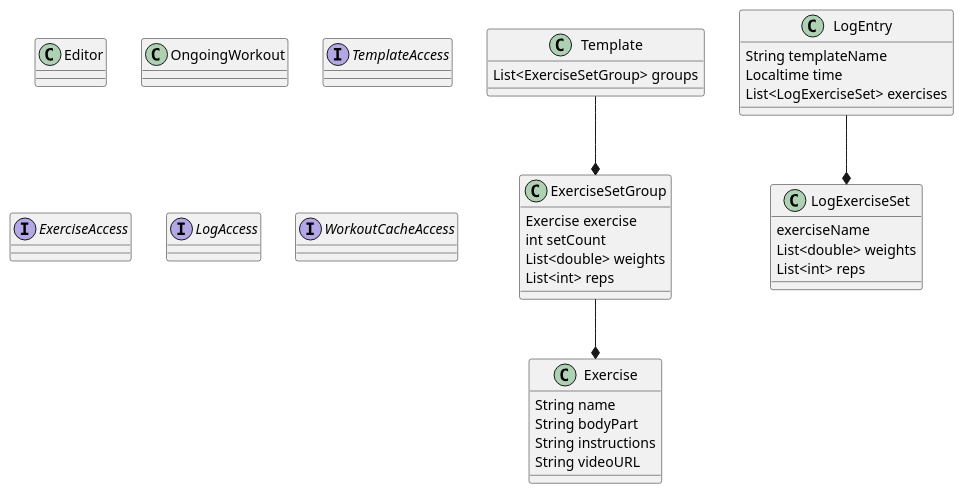
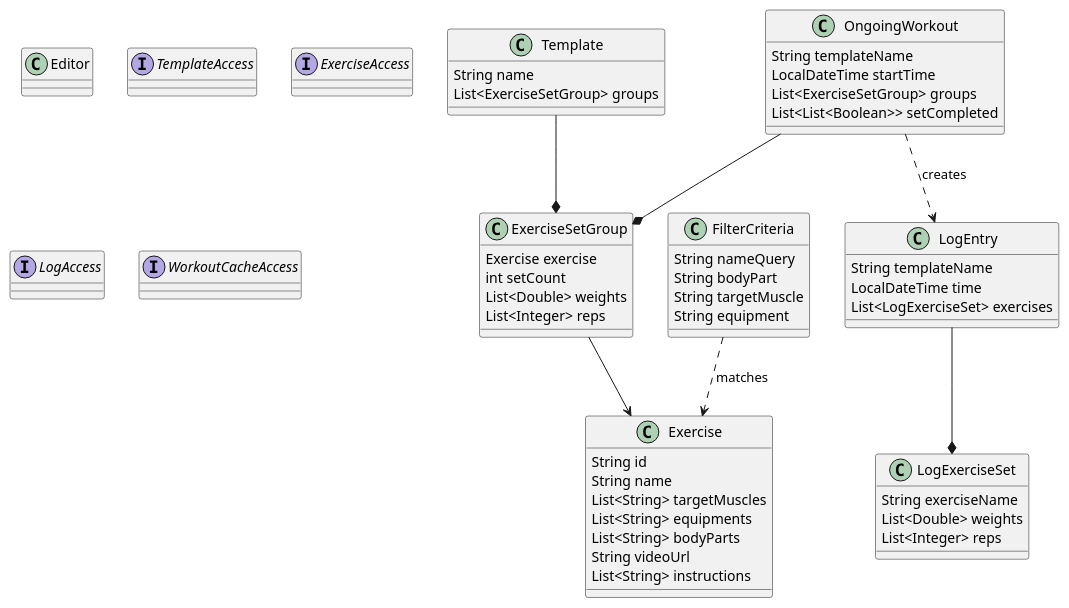
One commit to BeautifulSkyTian/CSC207-Team changed the diagram in README.md. Above: the diagram before and after it, drawn with PlantUML. The commit also changed other lines of this file and 7 other files, not shown here.

```diff
--- a/README.md
+++ b/README.md
@@ -64,46 +84,63 @@
 @startuml
 
 
 
 class Template
+Template : String name
 Template : List<ExerciseSetGroup> groups
 
 class ExerciseSetGroup
 ExerciseSetGroup : Exercise exercise
 ExerciseSetGroup : int setCount
-ExerciseSetGroup : List<double> weights
-ExerciseSetGroup : List<int> reps
+ExerciseSetGroup : List<Double> weights
+ExerciseSetGroup : List<Integer> reps
 
 class Exercise
+Exercise : String id
 Exercise : String name
-Exercise : String bodyPart
-Exercise : String instructions
-Exercise : String videoURL
+Exercise : List<String> targetMuscles
+Exercise : List<String> equipments
+Exercise : List<String> bodyParts
+Exercise : String videoUrl
+Exercise : List<String> instructions
 
 
 Template --* ExerciseSetGroup
-ExerciseSetGroup --* Exercise
+ExerciseSetGroup --> Exercise
+OngoingWorkout --* ExerciseSetGroup
+OngoingWorkout ..> LogEntry : creates
 LogEntry --* LogExerciseSet
+FilterCriteria ..> Exercise : matches
 
 class Editor
 
 class OngoingWorkout
+OngoingWorkout : String templateName
+OngoingWorkout : LocalDateTime startTime
+OngoingWorkout : List<ExerciseSetGroup> groups
+OngoingWorkout : List<List<Boolean>> setCompleted
 
 class LogEntry
 LogEntry : String templateName
-LogEntry : Localtime time
+LogEntry : LocalDateTime time
 LogEntry : List<LogExerciseSet> exercises
 
 class LogExerciseSet
-LogExerciseSet : exerciseName
-LogExerciseSet : List<double> weights
-LogExerciseSet : List<int> reps
+LogExerciseSet : String exerciseName
+LogExerciseSet : List<Double> weights
+LogExerciseSet : List<Integer> reps
+
+class FilterCriteria
+FilterCriteria : String nameQuery
+FilterCriteria : String bodyPart
+FilterCriteria : String targetMuscle
+FilterCriteria : String equipment
 
 
 interface TemplateAccess
 interface ExerciseAccess
 interface LogAccess
 interface WorkoutCacheAccess
 
 
 @enduml
```
